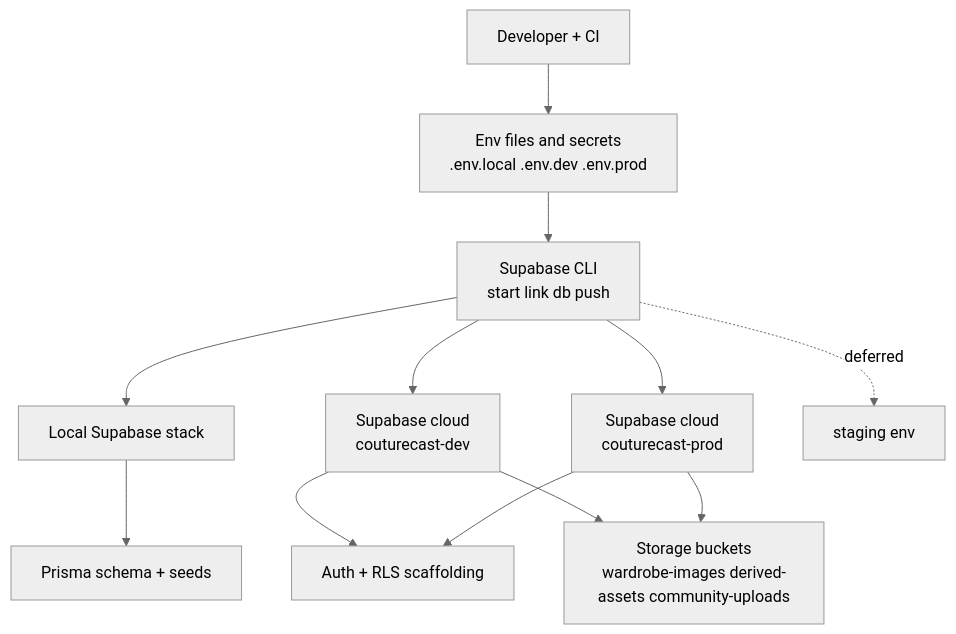
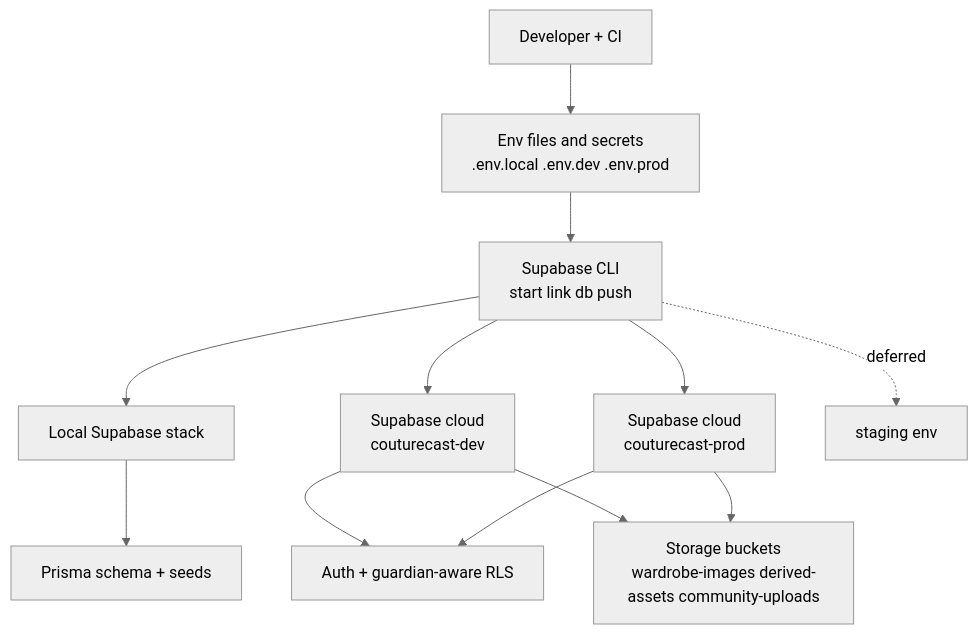
The fourth of 16 diagrams in _bmad-output/project-knowledge/learning-path-step-by-step.md (muratkeremozcan/couture-cast), drawn with Mermaid (neutral theme) before and after one commit. The commit also changed other lines of this file and 5 other files, not shown here.

````diff
--- a/_bmad-output/project-knowledge/learning-path-step-by-step.md
+++ b/_bmad-output/project-knowledge/learning-path-step-by-step.md
@@ -371,16 +391,16 @@
 ```mermaid
 flowchart TD
   DEV[Developer + CI] --> ENV[Env files and secrets<br/>.env.local .env.dev .env.prod]
   ENV --> CLI[Supabase CLI<br/>start link db push]
   CLI --> LOCAL[Local Supabase stack]
   LOCAL --> PRISMA[Prisma schema + seeds]
 
   CLI --> DEVSB[Supabase cloud<br/>couturecast-dev]
   CLI --> PRODSB[Supabase cloud<br/>couturecast-prod]
   CLI -. deferred .-> STAGE[staging env]
 
-  DEVSB --> AUTH[Auth + RLS scaffolding]
+  DEVSB --> AUTH[Auth + guardian-aware RLS]
   PRODSB --> AUTH
   DEVSB --> BUCKETS[Storage buckets<br/>wardrobe-images derived-assets community-uploads]
   PRODSB --> BUCKETS
 ```
````
